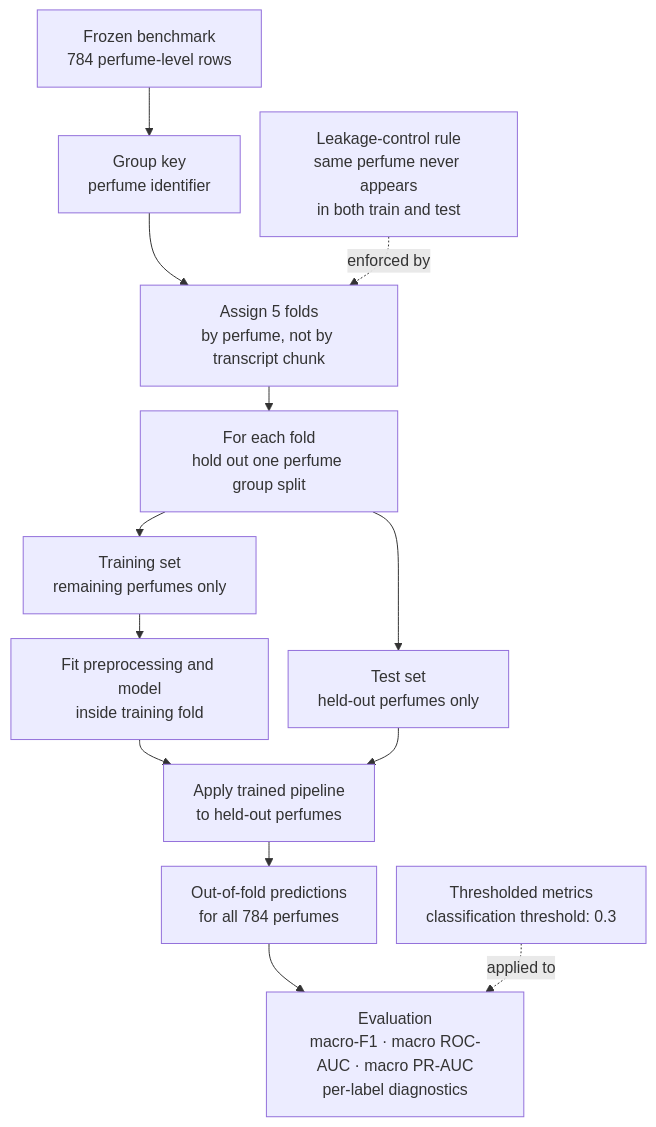
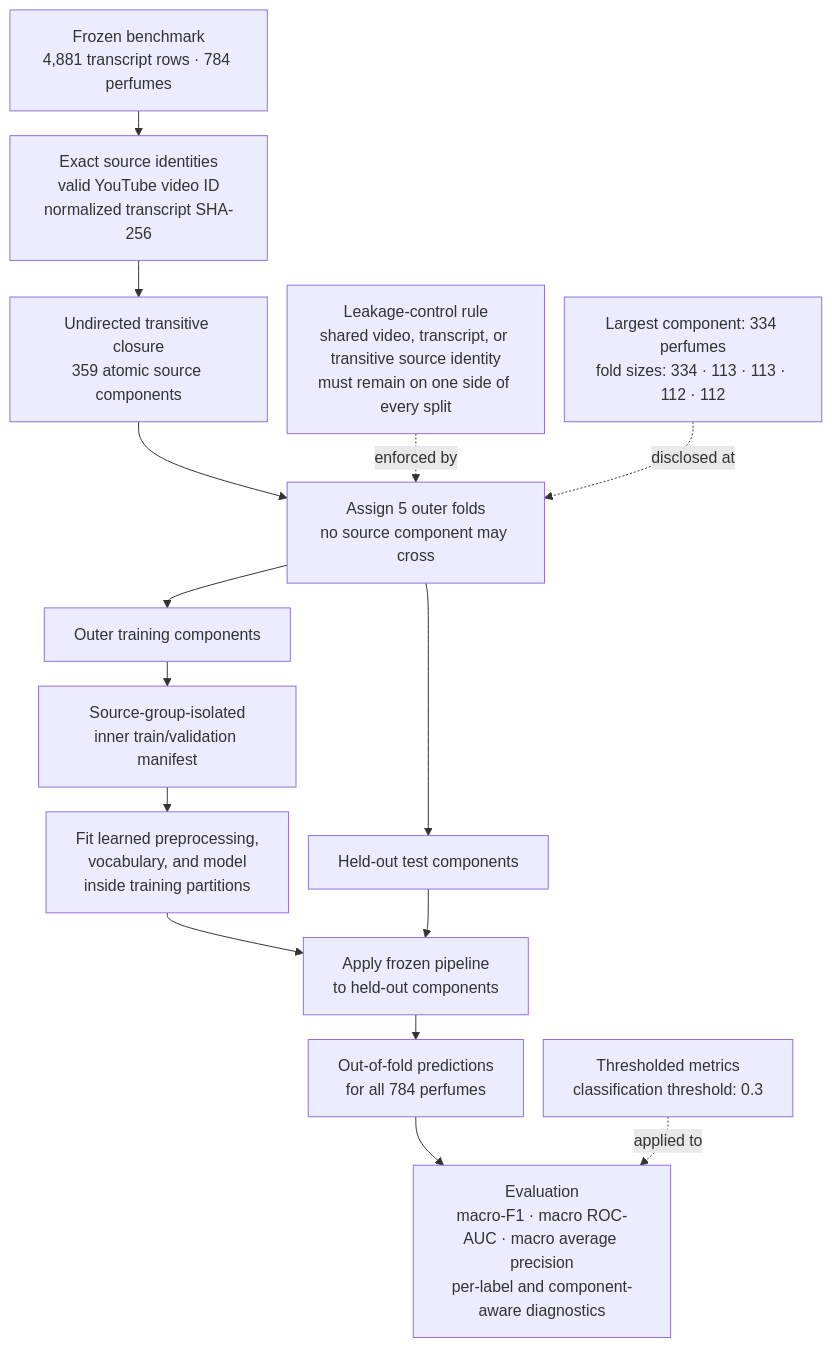
The diagram in docs/thesis/mermaid diagrams/mermaid codes/figure_3_5_cross_validation_leakage_control.mmd (ececanga/Sentiment-Analysis-for-Perfume-Reviews), drawn with Mermaid before and after one commit. The commit also changed 11 other files, not shown here.

Commit message:
docs(thesis): align Chapter 3 with source-grouped evaluation

```diff
--- a/docs/thesis/mermaid diagrams/mermaid codes/figure_3_5_cross_validation_leakage_control.mmd
+++ b/docs/thesis/mermaid diagrams/mermaid codes/figure_3_5_cross_validation_leakage_control.mmd
@@ -1,27 +1,29 @@
 ---
 config:
   layout: dagre
   flowchart:
     nodeSpacing: 20
     rankSpacing: 25
 ---
 flowchart TD
-    A["Frozen benchmark<br/>784 perfume-level rows"]
-    B["Group key<br/>perfume identifier"]
+    A["Frozen benchmark<br/>4,881 transcript rows · 784 perfumes"]
+    B["Exact source identities<br/>valid YouTube video ID<br/>normalized transcript SHA-256"]
 
     A --> B
-    B --> C["Assign 5 folds<br/>by perfume, not by transcript chunk"]
+    B --> C["Undirected transitive closure<br/>359 atomic source components"]
+    C --> D["Assign 5 outer folds<br/>no source component may cross"]
 
-    C --> D["For each fold<br/>hold out one perfume group split"]
-    D --> E["Training set<br/>remaining perfumes only"]
-    D --> F["Test set<br/>held-out perfumes only"]
+    D --> E["Outer training components"]
+    D --> F["Held-out test components"]
 
-    E --> G["Fit preprocessing and model<br/>inside training fold"]
-    G --> H["Apply trained pipeline<br/>to held-out perfumes"]
+    E --> V["Source-group-isolated<br/>inner train/validation manifest"]
+    V --> G["Fit learned preprocessing,<br/>vocabulary, and model<br/>inside training partitions"]
+    G --> H["Apply frozen pipeline<br/>to held-out components"]
     F --> H
 
     H --> I["Out-of-fold predictions<br/>for all 784 perfumes"]
-    I --> J["Evaluation<br/>macro-F1 · macro ROC-AUC · macro PR-AUC<br/>per-label diagnostics"]
+    I --> J["Evaluation<br/>macro-F1 · macro ROC-AUC · macro average precision<br/>per-label and component-aware diagnostics"]
 
-    K["Leakage-control rule<br/>same perfume never appears<br/>in both train and test"] -. enforced by .-> C
+    K["Leakage-control rule<br/>shared video, transcript, or transitive source identity<br/>must remain on one side of every split"] -. enforced by .-> D
+    M["Largest component: 334 perfumes<br/>fold sizes: 334 · 113 · 113 · 112 · 112"] -. disclosed at .-> D
     L["Thresholded metrics<br/>classification threshold: 0.3"] -. applied to .-> J
```
